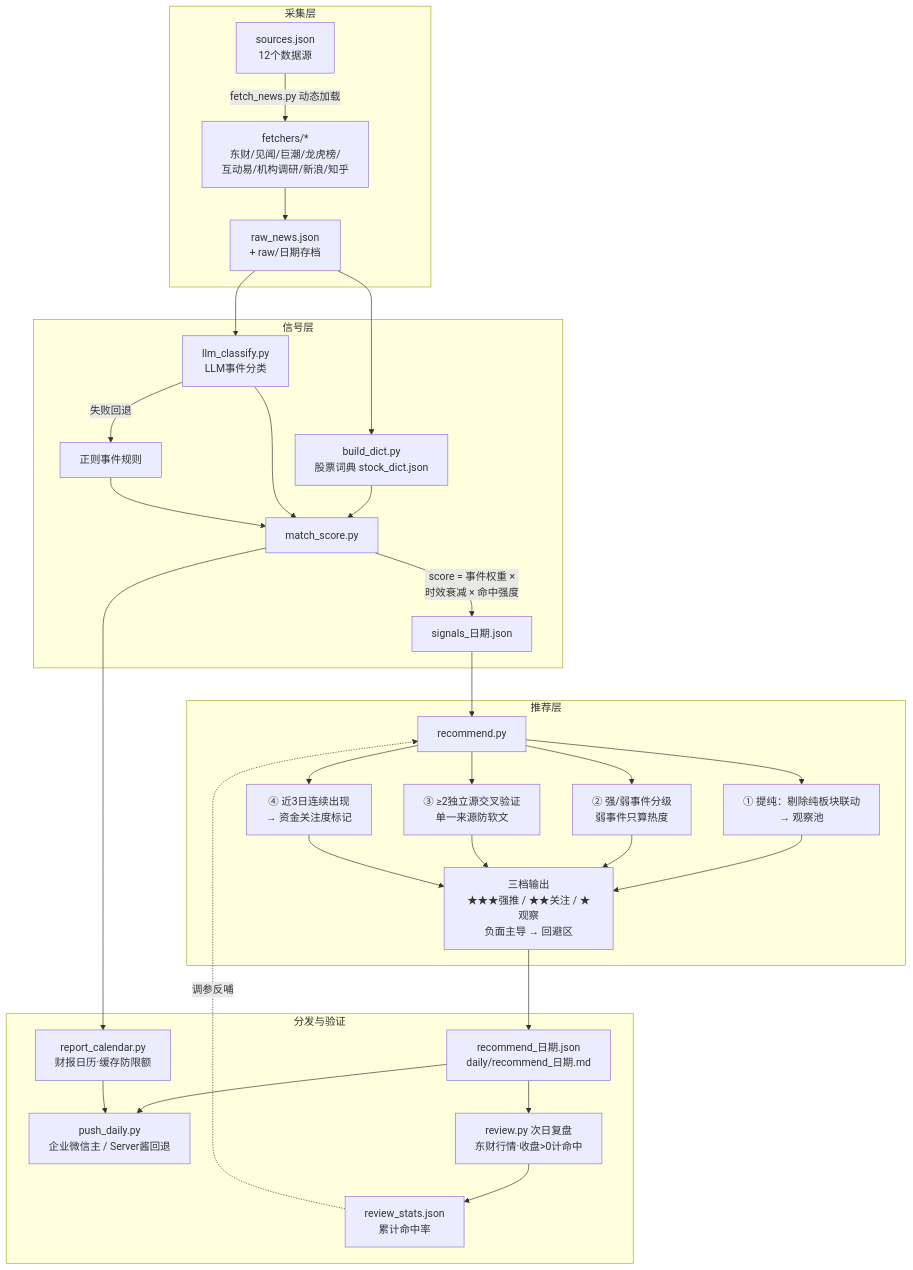
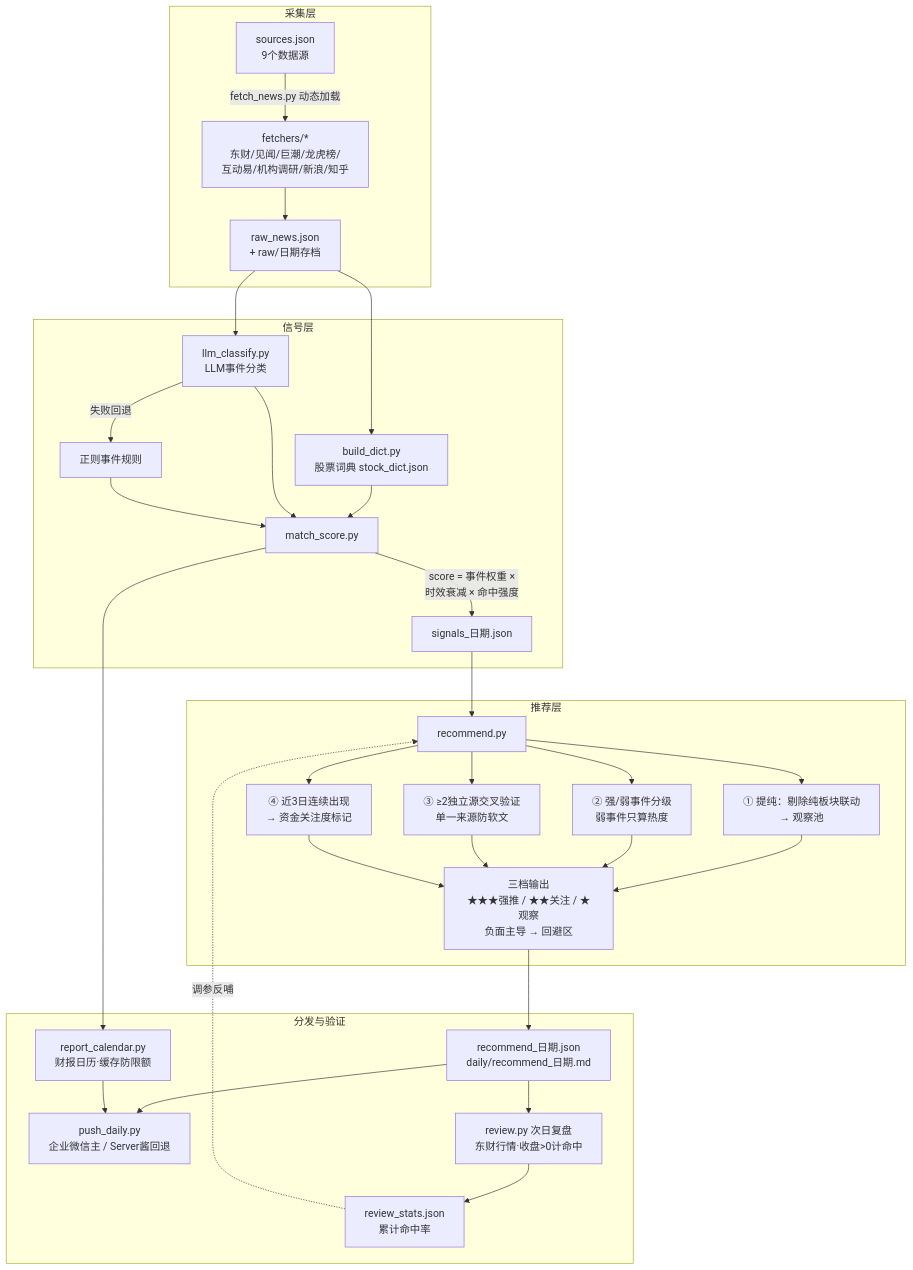
Before and after one commit to yinyu00/deepseek-workspace: the diagram in stock-news-finder/方案/流程图.md, drawn with Mermaid. The commit also changed 4 other files, not shown here.

First line of the commit message:
docs(stock-news-finder): 架构图统一mermaid风格

````diff
--- a/stock-news-finder/方案/流程图.md
+++ b/stock-news-finder/方案/流程图.md
@@ -8,36 +8,36 @@
 ```mermaid
 flowchart TD
     subgraph 采集层
-        A[sources.json<br/>12个数据源] -->|fetch_news.py 动态加载| B[fetchers/*<br/>东财/见闻/巨潮/龙虎榜/<br/>互动易/机构调研/新浪/知乎]
+        A[sources.json<br/>9个数据源] -->|fetch_news.py 动态加载| B[fetchers/*<br/>东财/见闻/巨潮/龙虎榜/<br/>互动易/机构调研/新浪/知乎]
         B --> C[raw_news.json<br/>+ raw/日期存档]
     end
 
     subgraph 信号层
         C --> D[build_dict.py<br/>股票词典 stock_dict.json]
         C --> E[llm_classify.py<br/>LLM事件分类]
         E -->|失败回退| F[正则事件规则]
         D --> G[match_score.py]
         E --> G
         F --> G
         G -->|score = 事件权重 ×<br/>时效衰减 × 命中强度| H[signals_日期.json]
     end
 
     subgraph 推荐层
         H --> I[recommend.py]
         I --> I1[① 提纯：剔除纯板块联动<br/>→ 观察池]
         I --> I2[② 强/弱事件分级<br/>弱事件只算热度]
         I --> I3[③ ≥2独立源交叉验证<br/>单一来源防软文]
         I --> I4[④ 近3日连续出现<br/>→ 资金关注度标记]
         I1 & I2 & I3 & I4 --> J[三档输出<br/>★★★强推 / ★★关注 / ★观察<br/>负面主导 → 回避区]
     end
 
     subgraph 分发与验证
         J --> K[recommend_日期.json<br/>daily/recommend_日期.md]
         K --> L[push_daily.py<br/>企业微信主 / Server酱回退]
         G --> M[report_calendar.py<br/>财报日历·缓存防限额]
         M --> L
         K --> N[review.py 次日复盘<br/>东财行情·收盘>0计命中]
         N --> O[review_stats.json<br/>累计命中率]
         O -.调参反哺.-> I
     end
 ```
````
